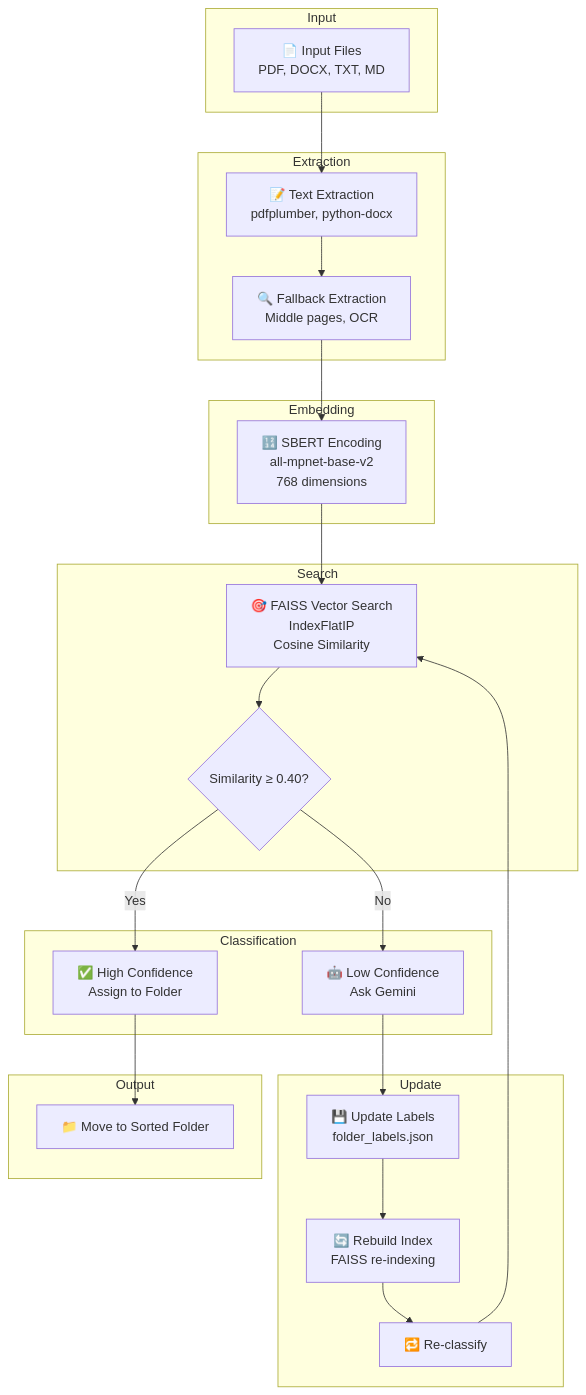
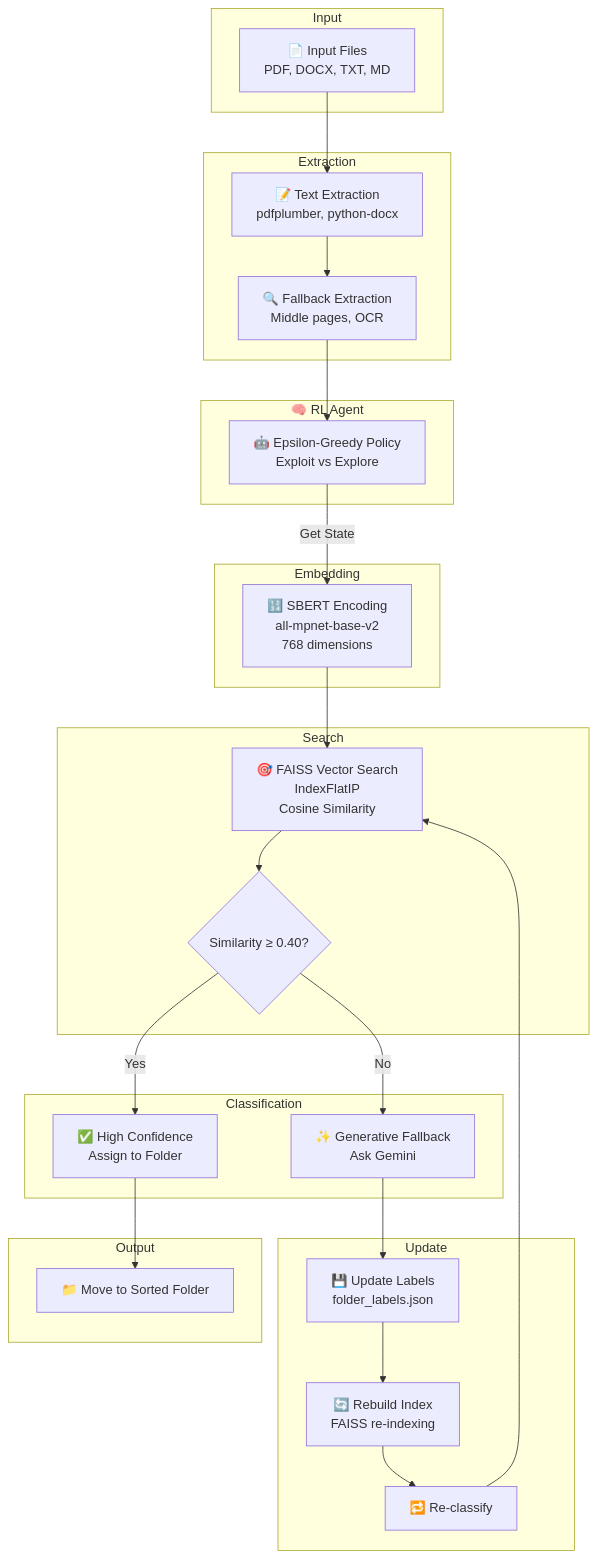
One commit to ahhyoushh/FileSense changed the diagram in wiki/pipeline.md. Above: the diagram before and after it, drawn with Mermaid. The commit also changed other lines of this file and 28 other files, not shown here.

````diff
--- a/wiki/pipeline.md
+++ b/wiki/pipeline.md
@@ -15,48 +15,53 @@
 ```mermaid
 flowchart TB
     subgraph Input
         A[📄 Input Files<br/>PDF, DOCX, TXT, MD]
     end
     
     subgraph Extraction
         B[📝 Text Extraction<br/>pdfplumber, python-docx]
         C[🔍 Fallback Extraction<br/>Middle pages, OCR]
     end
     
+    subgraph RLAgent [🧠 RL Agent]
+        D[🤖 Epsilon-Greedy Policy<br/>Exploit vs Explore]
+    end
+    
     subgraph Embedding
-        D[🔢 SBERT Encoding<br/>all-mpnet-base-v2<br/>768 dimensions]
+        E[🔢 SBERT Encoding<br/>all-mpnet-base-v2<br/>768 dimensions]
     end
     
     subgraph Search
-        E[🎯 FAISS Vector Search<br/>IndexFlatIP<br/>Cosine Similarity]
-        F{Similarity ≥ 0.40?}
+        F[🎯 FAISS Vector Search<br/>IndexFlatIP<br/>Cosine Similarity]
+        G{Similarity ≥ 0.40?}
     end
     
     subgraph Classification
-        G[✅ High Confidence<br/>Assign to Folder]
-        H[🤖 Low Confidence<br/>Ask Gemini]
+        H[✅ High Confidence<br/>Assign to Folder]
+        I[✨ Generative Fallback<br/>Ask Gemini]
     end
     
     subgraph Update
-        I[💾 Update Labels<br/>folder_labels.json]
-        J[🔄 Rebuild Index<br/>FAISS re-indexing]
-        K[🔁 Re-classify]
+        J[💾 Update Labels<br/>folder_labels.json]
+        K[🔄 Rebuild Index<br/>FAISS re-indexing]
+        L[🔁 Re-classify]
     end
     
     subgraph Output
-        L[📁 Move to Sorted Folder]
+        M[📁 Move to Sorted Folder]
     end
     
     A --> B
     B --> C
     C --> D
-    D --> E
+    D -->|Get State| E
     E --> F
-    F -->|Yes| G
-    F -->|No| H
-    H --> I
+    F --> G
+    G -->|Yes| H
+    G -->|No| I
     I --> J
     J --> K
-    K --> E
-    G --> L
+    K --> L
+    L --> F
+    H --> M
 ```
````
